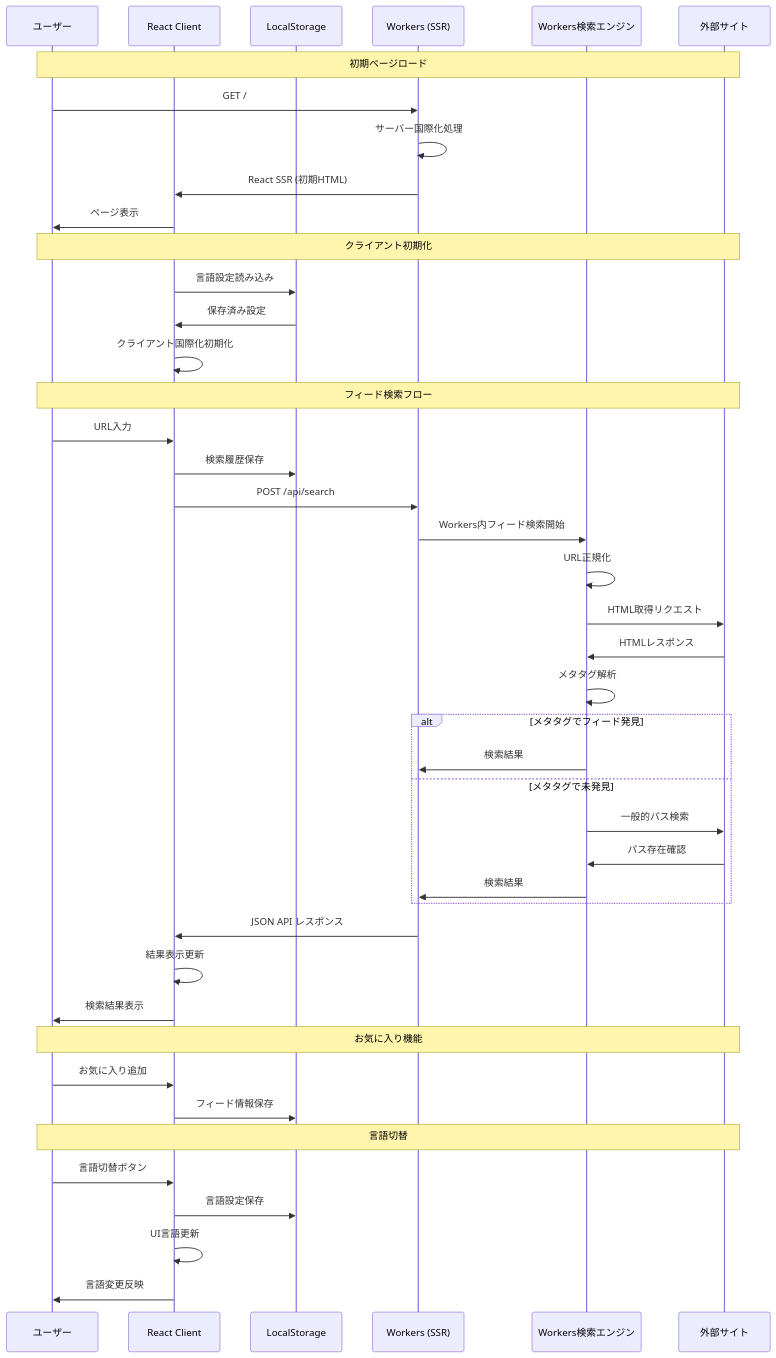
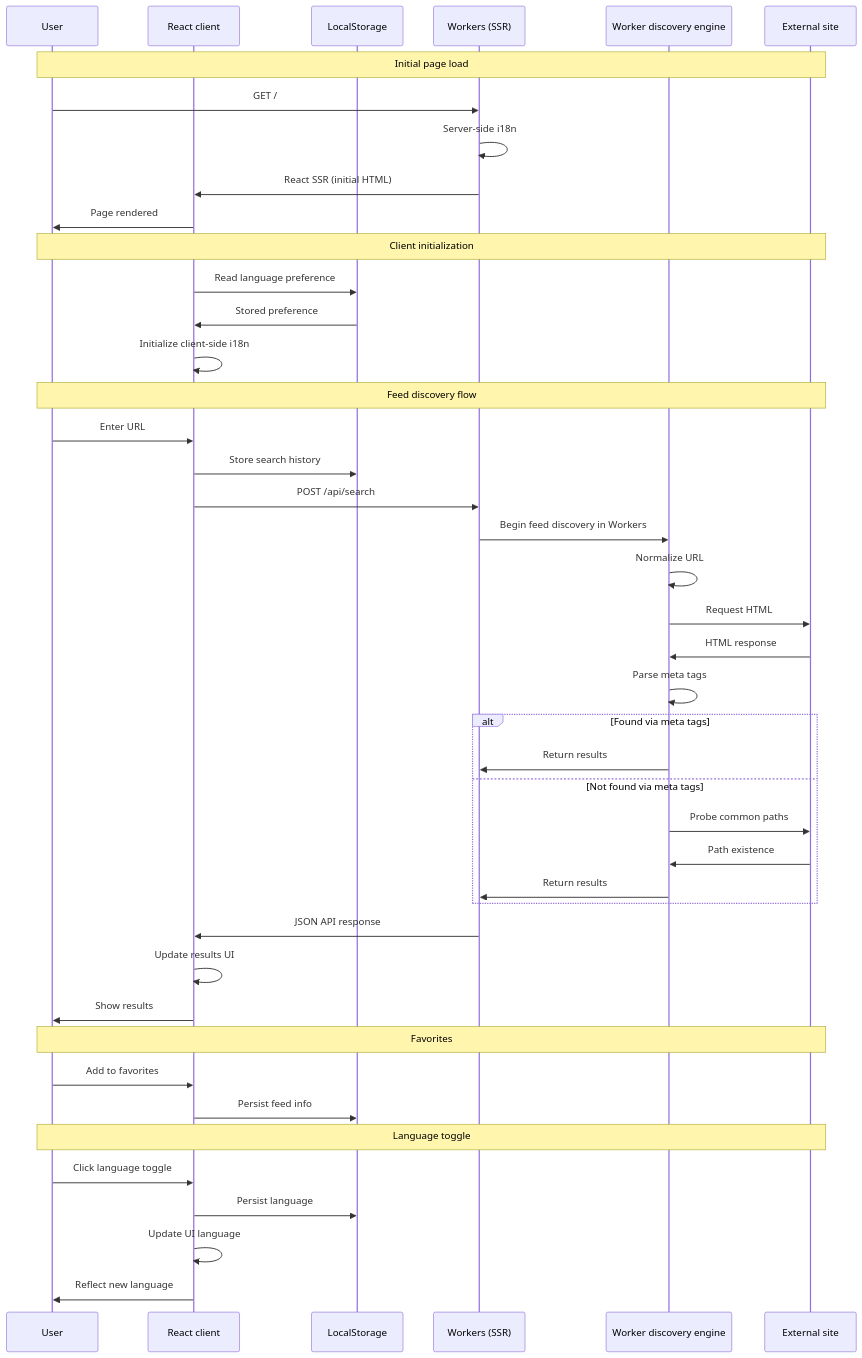
One commit to takuan-osho/feed-finder changed the second of 2 diagrams in .kiro/specs/design.md. Above: the diagram before and after it, drawn with Mermaid. The commit also changed other lines of this file and 15 other files, not shown here.

````diff
--- a/.kiro/specs/design.md
+++ b/.kiro/specs/design.md
@@ -586,53 +586,53 @@
 ```mermaid
 sequenceDiagram
-    participant U as ユーザー
-    participant RC as React Client
+    participant U as User
+    participant RC as React client
     participant LS as LocalStorage
     participant W as Workers (SSR)
-    participant SE as Workers検索エンジン
-    participant E as 外部サイト
+    participant SE as Worker discovery engine
+    participant E as External site
 
-    Note over U,E: 初期ページロード
+    Note over U,E: Initial page load
     U->>W: GET /
-    W->>W: サーバー国際化処理
-    W->>RC: React SSR (初期HTML)
-    RC->>U: ページ表示
+    W->>W: Server-side i18n
+    W->>RC: React SSR (initial HTML)
+    RC->>U: Page rendered
 
-    Note over U,E: クライアント初期化
-    RC->>LS: 言語設定読み込み
-    LS->>RC: 保存済み設定
-    RC->>RC: クライアント国際化初期化
+    Note over U,E: Client initialization
+    RC->>LS: Read language preference
+    LS->>RC: Stored preference
+    RC->>RC: Initialize client-side i18n
 
-    Note over U,E: フィード検索フロー
-    U->>RC: URL入力
-    RC->>LS: 検索履歴保存
+    Note over U,E: Feed discovery flow
+    U->>RC: Enter URL
+    RC->>LS: Store search history
     RC->>W: POST /api/search
-    W->>SE: Workers内フィード検索開始
+    W->>SE: Begin feed discovery in Workers
 
-    SE->>SE: URL正規化
-    SE->>E: HTML取得リクエスト
-    E->>SE: HTMLレスポンス
-    SE->>SE: メタタグ解析
+    SE->>SE: Normalize URL
+    SE->>E: Request HTML
+    E->>SE: HTML response
+    SE->>SE: Parse meta tags
 
-    alt メタタグでフィード発見
-        SE->>W: 検索結果
-    else メタタグで未発見
-        SE->>E: 一般的パス検索
-        E->>SE: パス存在確認
-        SE->>W: 検索結果
+    alt Found via meta tags
+        SE->>W: Return results
+    else Not found via meta tags
+        SE->>E: Probe common paths
+        E->>SE: Path existence
+        SE->>W: Return results
     end
 
-    W->>RC: JSON API レスポンス
-    RC->>RC: 結果表示更新
-    RC->>U: 検索結果表示
+    W->>RC: JSON API response
+    RC->>RC: Update results UI
+    RC->>U: Show results
 
-    Note over U,E: お気に入り機能
-    U->>RC: お気に入り追加
-    RC->>LS: フィード情報保存
+    Note over U,E: Favorites
+    U->>RC: Add to favorites
+    RC->>LS: Persist feed info
 
-    Note over U,E: 言語切替
-    U->>RC: 言語切替ボタン
-    RC->>LS: 言語設定保存
-    RC->>RC: UI言語更新
-    RC->>U: 言語変更反映
+    Note over U,E: Language toggle
+    U->>RC: Click language toggle
+    RC->>LS: Persist language
+    RC->>RC: Update UI language
+    RC->>U: Reflect new language
 ```
````
